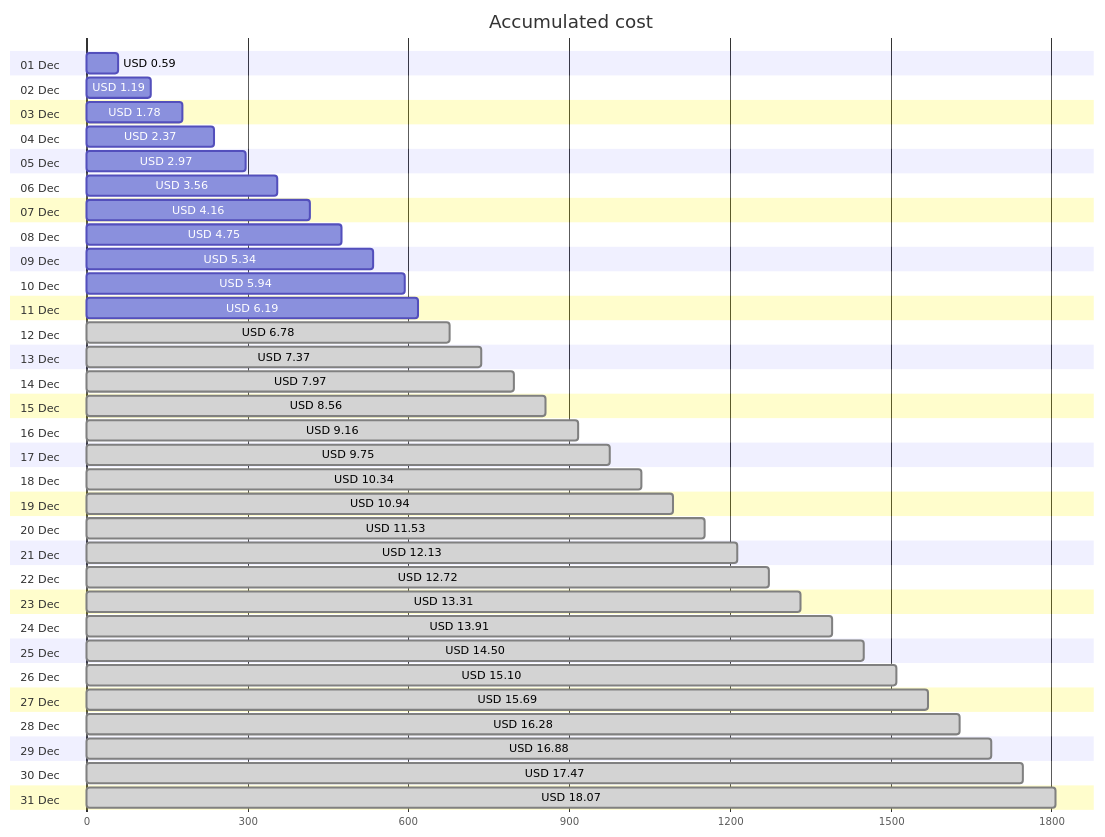
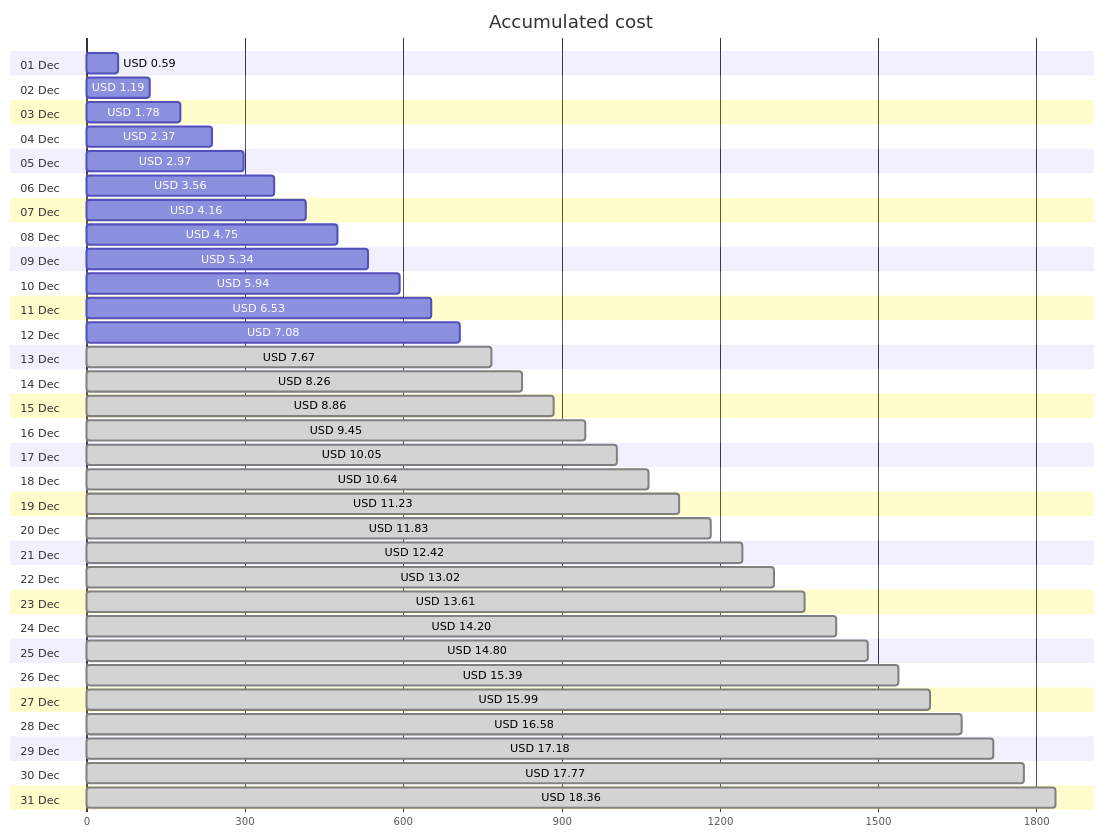
The first of 4 diagrams in cost-reports/personal-site/README.md (jpfulton/azure-personal-reports), drawn with Mermaid before and after one commit. The commit also changed other lines of this file and 6 other files, not shown here.

````diff
--- a/cost-reports/personal-site/README.md
+++ b/cost-reports/personal-site/README.md
@@ -20,68 +20,68 @@
 ```mermaid
 gantt
    title Accumulated cost
    dateFormat  X
    axisFormat %s
    section 01 Dec
    USD 0.59 :0, 59
    section 02 Dec
    USD 1.19 :0, 119
    section 03 Dec
    USD 1.78 :0, 178
    section 04 Dec
    USD 2.37 :0, 237
    section 05 Dec
    USD 2.97 :0, 297
    section 06 Dec
    USD 3.56 :0, 356
    section 07 Dec
    USD 4.16 :0, 416
    section 08 Dec
    USD 4.75 :0, 475
    section 09 Dec
    USD 5.34 :0, 534
    section 10 Dec
    USD 5.94 :0, 594
    section 11 Dec
-   USD 6.19 :0, 619
+   USD 6.53 :0, 653
    section 12 Dec
-   USD 6.78 : done, 0, 678
+   USD 7.08 :0, 708
    section 13 Dec
-   USD 7.37 : done, 0, 737
+   USD 7.67 : done, 0, 767
    section 14 Dec
-   USD 7.97 : done, 0, 797
+   USD 8.26 : done, 0, 826
    section 15 Dec
-   USD 8.56 : done, 0, 856
+   USD 8.86 : done, 0, 886
    section 16 Dec
-   USD 9.16 : done, 0, 916
+   USD 9.45 : done, 0, 945
    section 17 Dec
-   USD 9.75 : done, 0, 975
+   USD 10.05 : done, 0, 1005
    section 18 Dec
-   USD 10.34 : done, 0, 1034
+   USD 10.64 : done, 0, 1064
    section 19 Dec
-   USD 10.94 : done, 0, 1094
+   USD 11.23 : done, 0, 1123
    section 20 Dec
-   USD 11.53 : done, 0, 1153
+   USD 11.83 : done, 0, 1183
    section 21 Dec
-   USD 12.13 : done, 0, 1213
+   USD 12.42 : done, 0, 1242
    section 22 Dec
-   USD 12.72 : done, 0, 1272
+   USD 13.02 : done, 0, 1302
    section 23 Dec
-   USD 13.31 : done, 0, 1331
+   USD 13.61 : done, 0, 1361
    section 24 Dec
-   USD 13.91 : done, 0, 1391
+   USD 14.20 : done, 0, 1420
    section 25 Dec
-   USD 14.50 : done, 0, 1450
+   USD 14.80 : done, 0, 1480
    section 26 Dec
-   USD 15.10 : done, 0, 1510
+   USD 15.39 : done, 0, 1539
    section 27 Dec
-   USD 15.69 : done, 0, 1569
+   USD 15.99 : done, 0, 1599
    section 28 Dec
-   USD 16.28 : done, 0, 1628
+   USD 16.58 : done, 0, 1658
    section 29 Dec
-   USD 16.88 : done, 0, 1688
+   USD 17.18 : done, 0, 1718
    section 30 Dec
-   USD 17.47 : done, 0, 1747
+   USD 17.77 : done, 0, 1777
    section 31 Dec
-   USD 18.07 : done, 0, 1807
+   USD 18.36 : done, 0, 1836
 ```
````
